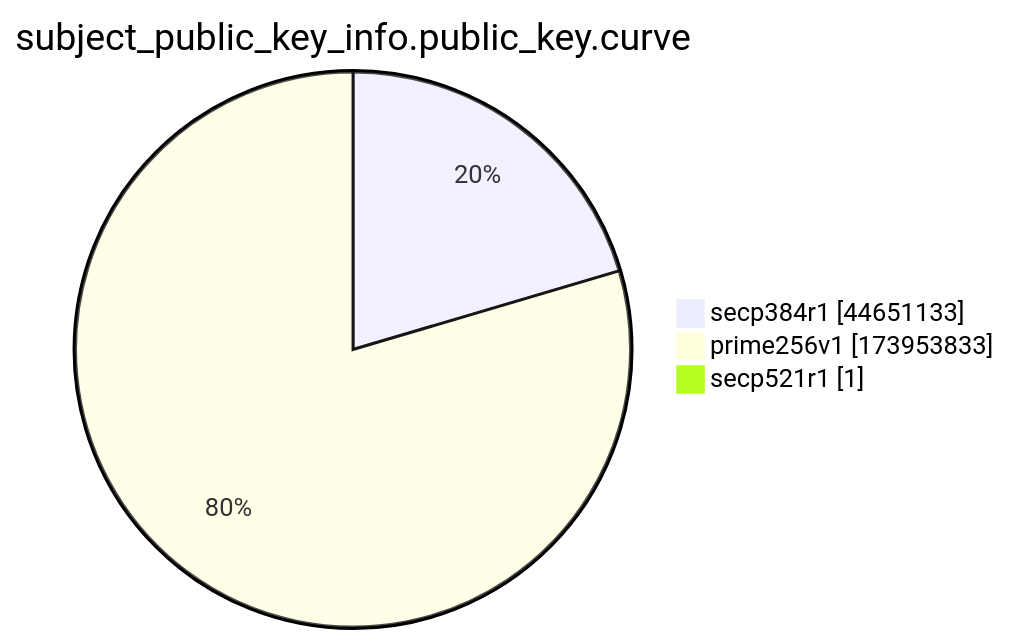
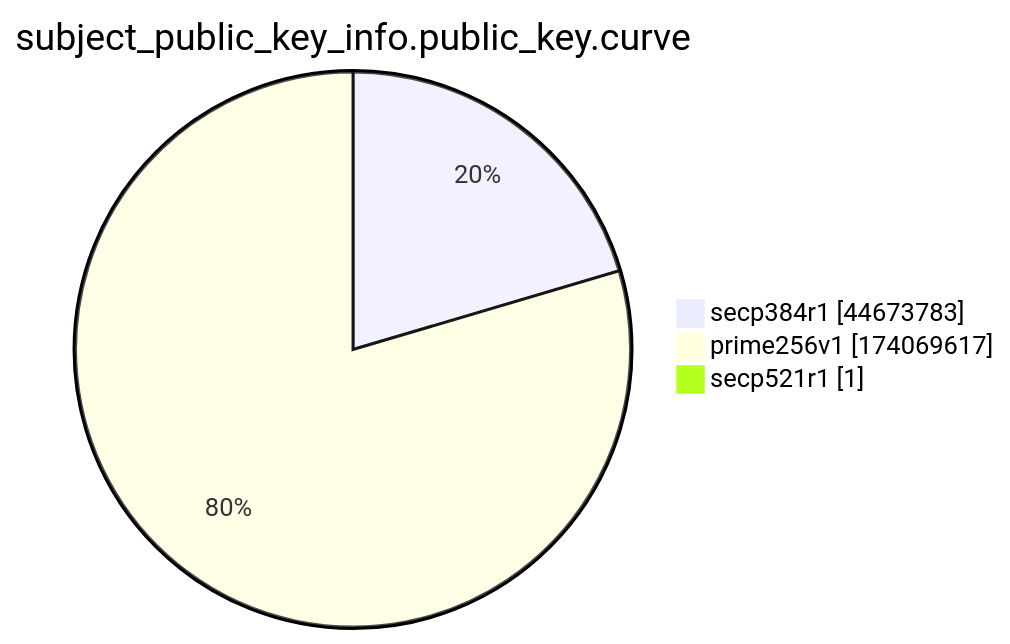
The ninth of 15 diagrams in xenon2022/README.md (christiankrug/ctmonitor_visualization), drawn with Mermaid before and after one commit. The commit also changed other lines of this file, not shown here.

````diff
--- a/xenon2022/README.md
+++ b/xenon2022/README.md
@@ -2871,7 +2871,7 @@
 ```mermaid
 pie showData
 title subject_public_key_info.public_key.curve
-"secp384r1" :44651133
-"prime256v1" :173953833
+"secp384r1" :44673783
+"prime256v1" :174069617
 "secp521r1" :1
 ```
````
